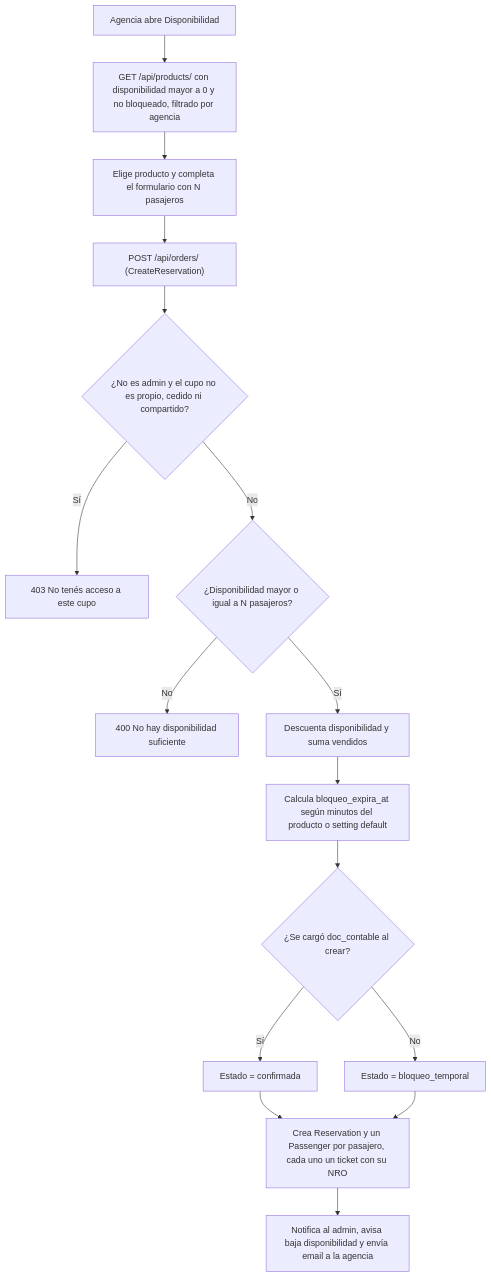
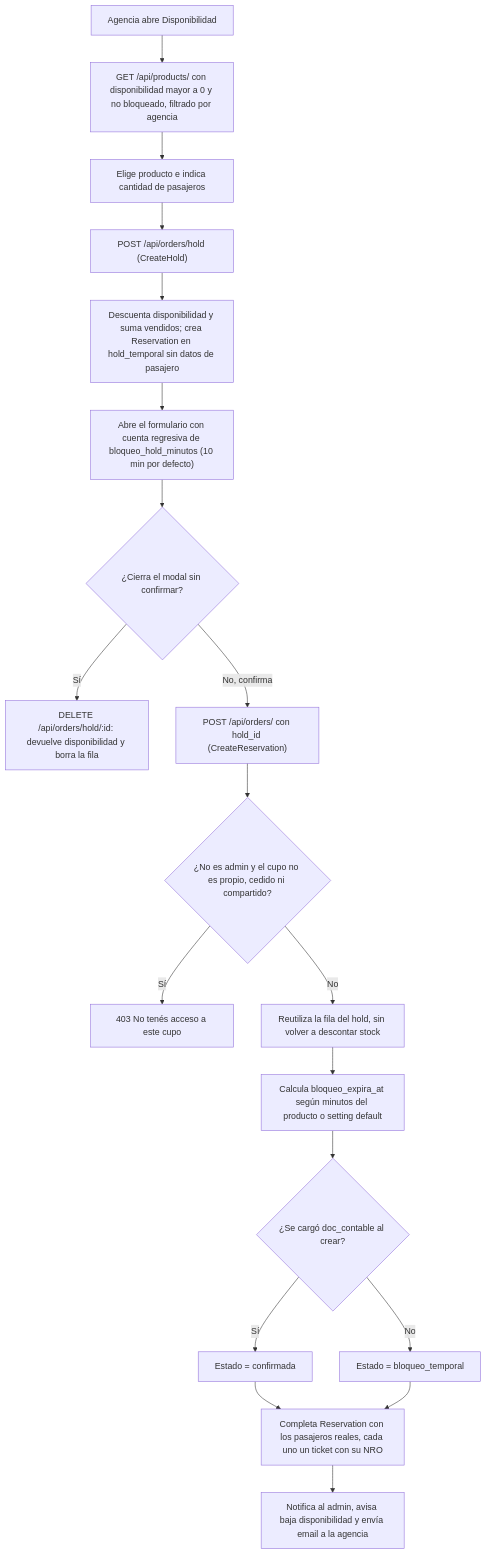
The second of 14 diagrams in docs/FLUJOS_FUNCIONALIDADES.md (j-trz/app.cupos), drawn with Mermaid before and after one commit. The commit also changed other lines of this file and 1 other file, not shown here.

First line of the commit message:
docs: documentar el hold temporal de stock al elegir pasajeros

````diff
--- a/docs/FLUJOS_FUNCIONALIDADES.md
+++ b/docs/FLUJOS_FUNCIONALIDADES.md
@@ -69,18 +71,21 @@
 ```mermaid
 flowchart TD
     A["Agencia abre Disponibilidad"] --> B["GET /api/products/ con disponibilidad mayor a 0 y no bloqueado, filtrado por agencia"]
-    B --> C["Elige producto y completa el formulario con N pasajeros"]
-    C --> D["POST /api/orders/ (CreateReservation)"]
-    D --> E{"¿No es admin y el cupo no es propio, cedido ni compartido?"}
-    E -->|"Sí"| F["403 No tenés acceso a este cupo"]
-    E -->|"No"| G{"¿Disponibilidad mayor o igual a N pasajeros?"}
-    G -->|"No"| H["400 No hay disponibilidad suficiente"]
-    G -->|"Sí"| I["Descuenta disponibilidad y suma vendidos"]
-    I --> J["Calcula bloqueo_expira_at según minutos del producto o setting default"]
-    J --> K{"¿Se cargó doc_contable al crear?"}
-    K -->|"Sí"| L["Estado = confirmada"]
-    K -->|"No"| M["Estado = bloqueo_temporal"]
-    L --> N["Crea Reservation y un Passenger por pasajero, cada uno un ticket con su NRO"]
-    M --> N
-    N --> O["Notifica al admin, avisa baja disponibilidad y envía email a la agencia"]
+    B --> C["Elige producto e indica cantidad de pasajeros"]
+    C --> D["POST /api/orders/hold (CreateHold)"]
+    D --> E["Descuenta disponibilidad y suma vendidos; crea Reservation en hold_temporal sin datos de pasajero"]
+    E --> F["Abre el formulario con cuenta regresiva de bloqueo_hold_minutos (10 min por defecto)"]
+    F --> G{"¿Cierra el modal sin confirmar?"}
+    G -->|"Sí"| H["DELETE /api/orders/hold/:id: devuelve disponibilidad y borra la fila"]
+    G -->|"No, confirma"| I["POST /api/orders/ con hold_id (CreateReservation)"]
+    I --> J{"¿No es admin y el cupo no es propio, cedido ni compartido?"}
+    J -->|"Sí"| K["403 No tenés acceso a este cupo"]
+    J -->|"No"| L["Reutiliza la fila del hold, sin volver a descontar stock"]
+    L --> M["Calcula bloqueo_expira_at según minutos del producto o setting default"]
+    M --> N{"¿Se cargó doc_contable al crear?"}
+    N -->|"Sí"| O["Estado = confirmada"]
+    N -->|"No"| P["Estado = bloqueo_temporal"]
+    O --> Q["Completa Reservation con los pasajeros reales, cada uno un ticket con su NRO"]
+    P --> Q
+    Q --> R["Notifica al admin, avisa baja disponibilidad y envía email a la agencia"]
 ```
````
